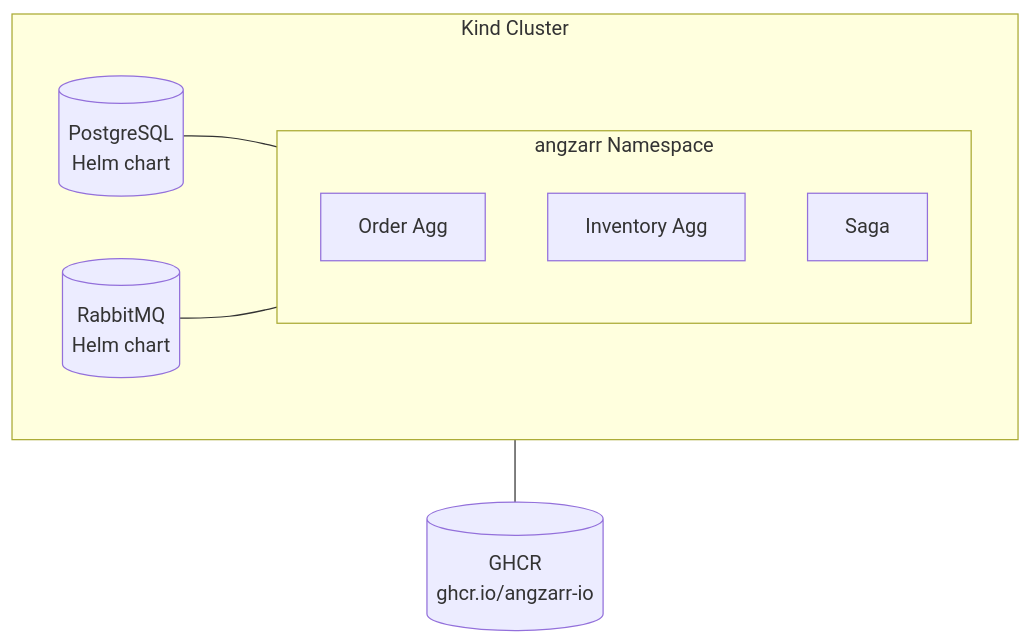
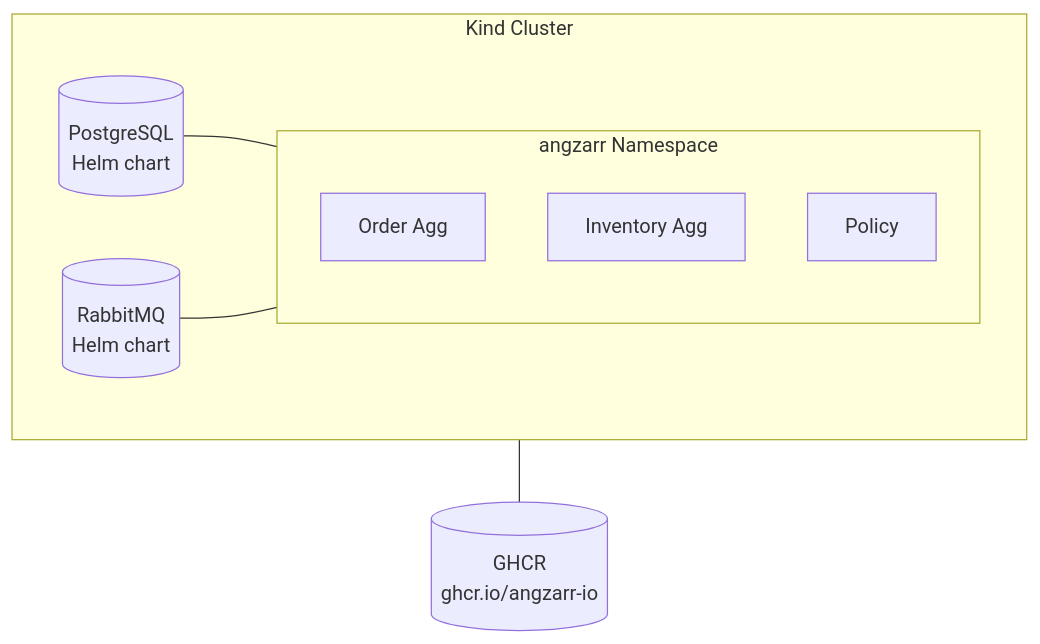
The first of 3 diagrams in site/src/content/docs/tooling/opentofu.md (angzarr-io/angzarr-project), drawn with Mermaid before and after one commit. The commit also changed other lines of this file and 52 other files, not shown here.

````diff
--- a/site/src/content/docs/tooling/opentofu.md
+++ b/site/src/content/docs/tooling/opentofu.md
@@ -112,15 +112,15 @@
 ```mermaid
 flowchart TB
     subgraph Kind[Kind Cluster]
         PG[(PostgreSQL<br/>Helm chart)]
         RMQ[(RabbitMQ<br/>Helm chart)]
         subgraph NS[angzarr Namespace]
             Order[Order Agg]
             Inventory[Inventory Agg]
-            Saga[Saga]
+            Policy[Policy]
         end
         PG & RMQ --- NS
     end
     Registry[(GHCR<br/>ghcr.io/angzarr-io)]
     Kind --- Registry
 ```
````
